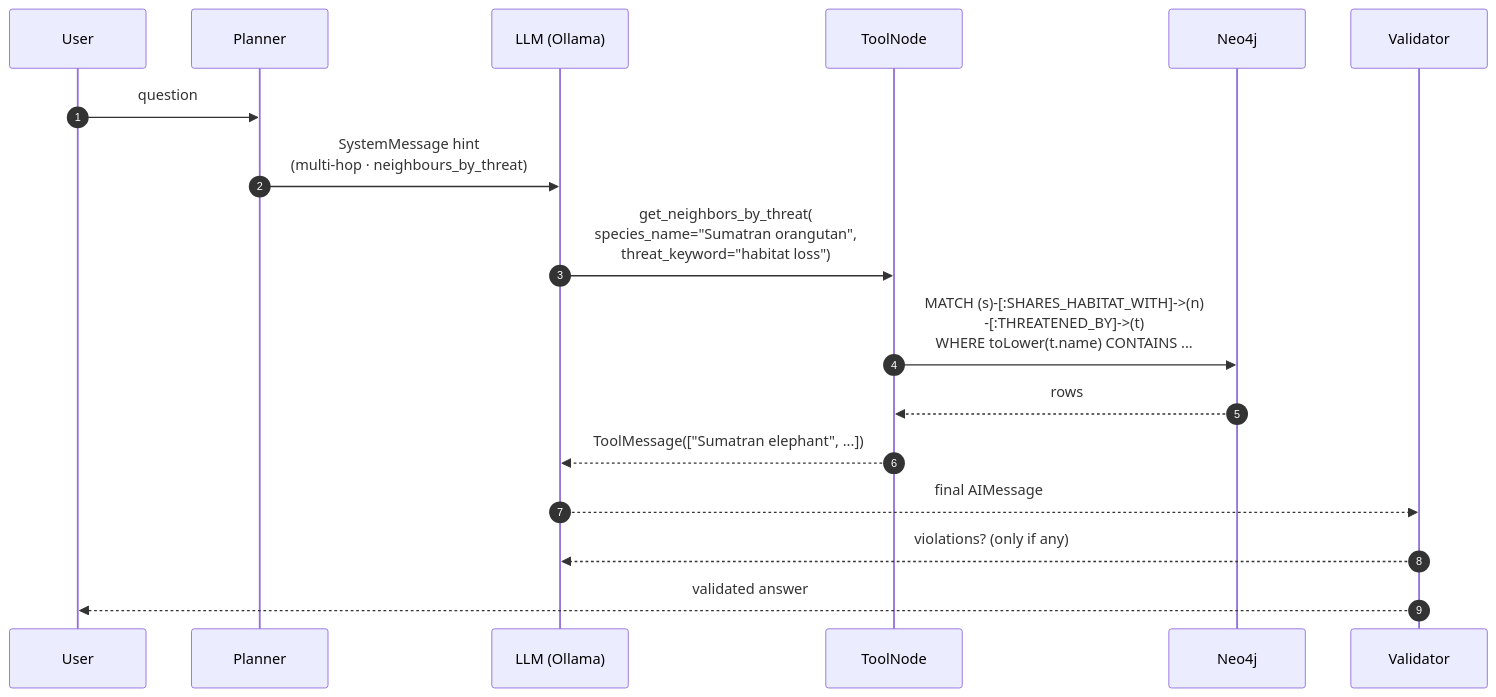
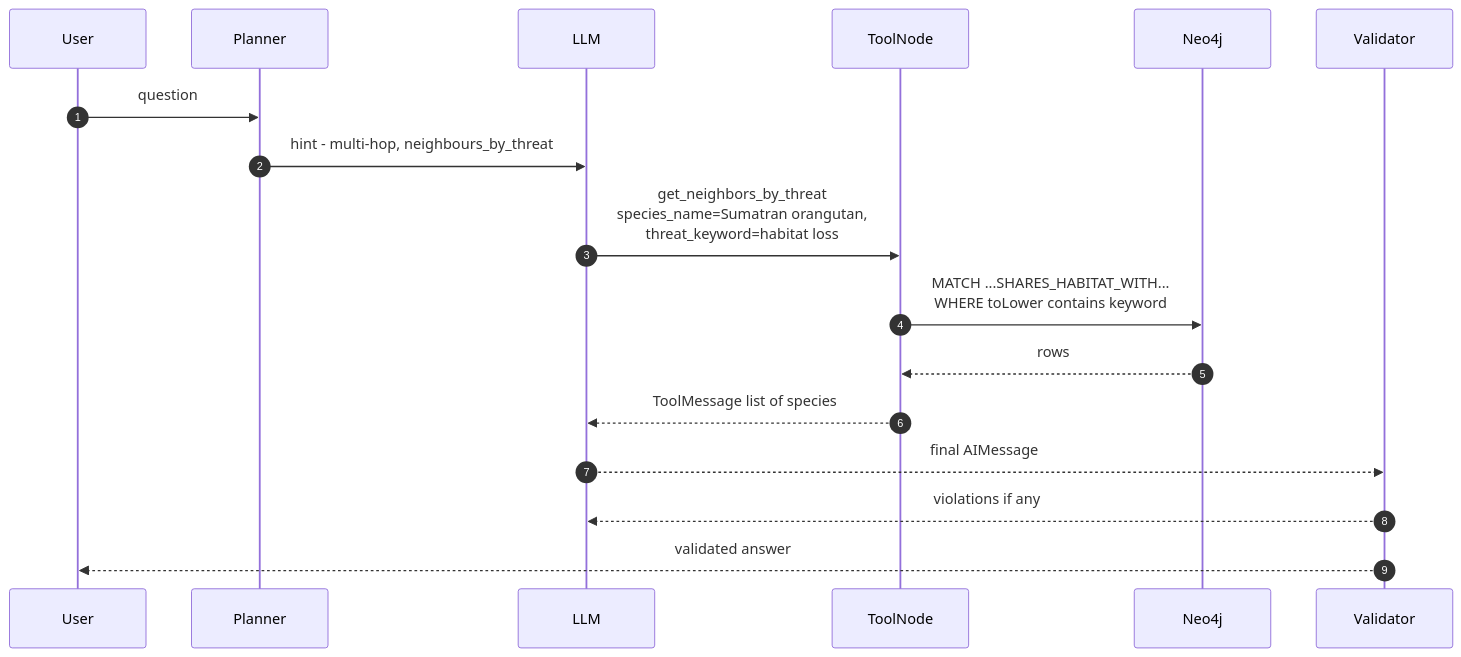
The fourth of 5 diagrams in docs/architecture.md (moetzi/agentic-graphrag-endangered-species-qa), drawn with Mermaid before and after one commit. The commit also changed other lines of this file and 1 other file, not shown here.

First line of the commit message:
Fix Mermaid syntax in architecture diagrams

````diff
--- a/docs/architecture.md
+++ b/docs/architecture.md
@@ -101,20 +102,20 @@
 ```mermaid
 sequenceDiagram
     autonumber
     participant U as User
     participant P as Planner
-    participant L as LLM (Ollama)
+    participant L as LLM
     participant T as ToolNode
     participant N as Neo4j
     participant V as Validator
 
     U->>P: question
-    P->>L: SystemMessage hint<br/>(multi-hop · neighbours_by_threat)
-    L->>T: get_neighbors_by_threat(<br/>species_name="Sumatran orangutan",<br/>threat_keyword="habitat loss")
-    T->>N: MATCH (s)-[:SHARES_HABITAT_WITH]->(n)<br/>-[:THREATENED_BY]->(t)<br/>WHERE toLower(t.name) CONTAINS ...
+    P->>L: hint - multi-hop, neighbours_by_threat
+    L->>T: get_neighbors_by_threat<br/>species_name=Sumatran orangutan,<br/>threat_keyword=habitat loss
+    T->>N: MATCH ...SHARES_HABITAT_WITH...<br/>WHERE toLower contains keyword
     N-->>T: rows
-    T-->>L: ToolMessage(["Sumatran elephant", ...])
+    T-->>L: ToolMessage list of species
     L-->>V: final AIMessage
-    V-->>L: violations? (only if any)
+    V-->>L: violations if any
     V-->>U: validated answer
 ```
````
